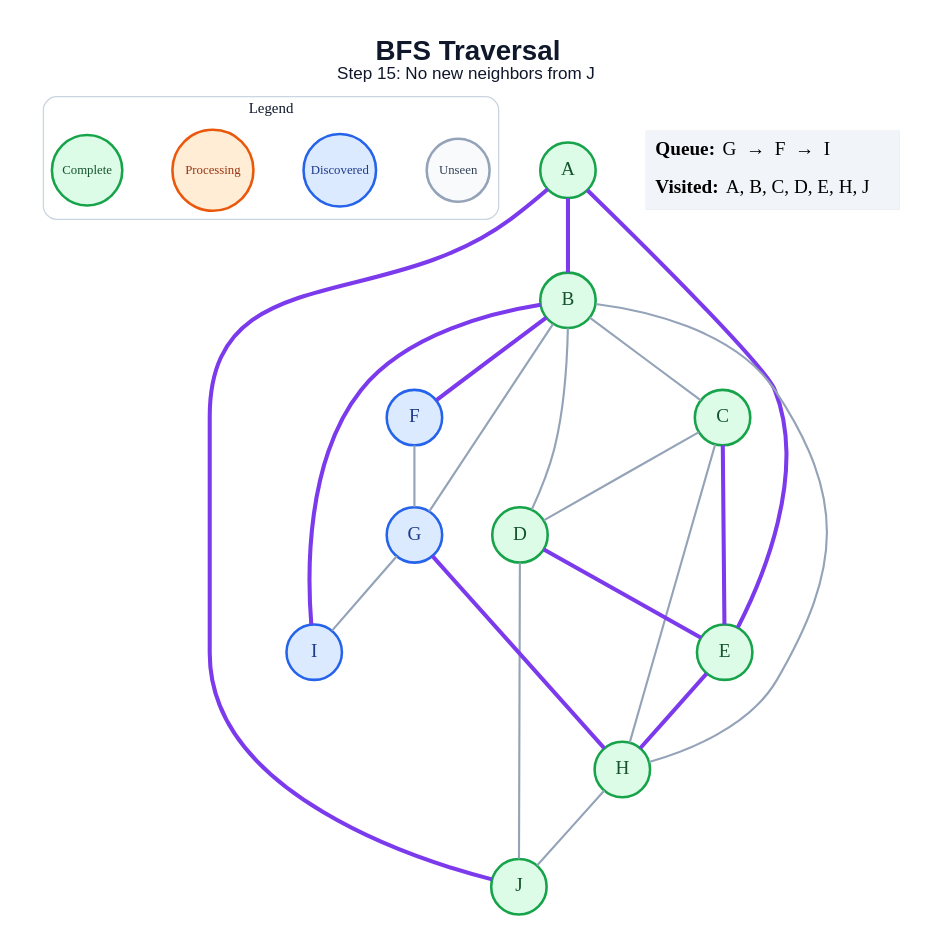
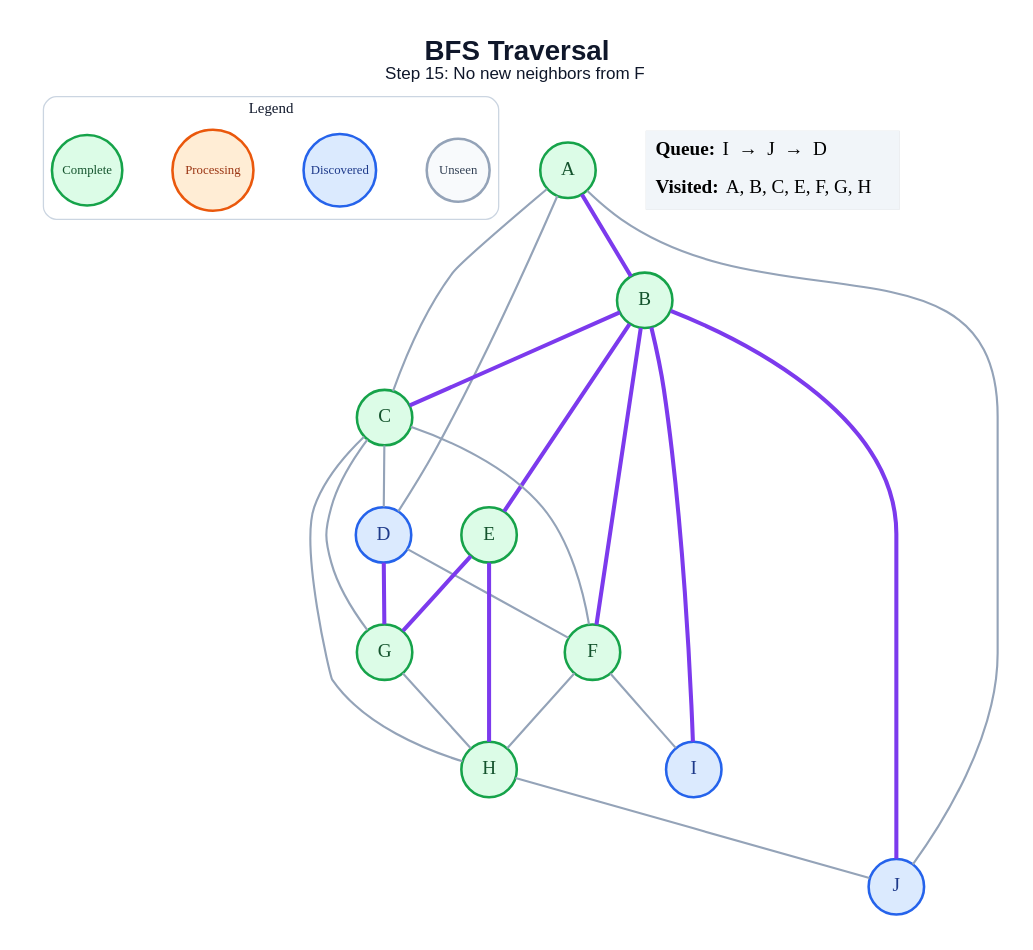
Before and after one commit to anon7238593-create/ai-slop: the diagram in generated/specific-node/bfs/step_15.dot, drawn with Graphviz. The commit also changed 178 other files, not shown here.

```diff
--- a/generated/specific-node/bfs/step_15.dot
+++ b/generated/specific-node/bfs/step_15.dot
@@ -1,48 +1,50 @@
 graph traversal {
   graph [layout=dot, rankdir=TB, bgcolor="#FFFFFF", pad="0.35", nodesep="0.65", ranksep="0.8", fontname="Arial"];
   node [shape=circle, style="filled", fontname="Arial Bold", fontsize=18, width=0.72, fixedsize=true, penwidth=2.4];
   edge [color="#94A3B8", penwidth=2.0];
-  label=<<B>BFS Traversal</B><BR/><FONT POINT-SIZE="16">Step 15: No new neighbors from J</FONT>>; labelloc="t"; fontsize=26; fontname="Arial"; fontcolor="#0F172A";
+  label=<<B>BFS Traversal</B><BR/><FONT POINT-SIZE="16">Step 15: No new neighbors from F</FONT>>; labelloc="t"; fontsize=26; fontname="Arial"; fontcolor="#0F172A";
   subgraph cluster_legend { label="Legend"; color="#CBD5E1"; penwidth=1.2; style="rounded"; fontsize=14; fontname="Arial Bold";
     key_unseen [label="Unseen", fillcolor="#F8FAFC", color="#94A3B8", fontcolor="#334155", fontsize=12, width=0.82];
     key_frontier [label="Discovered", fillcolor="#DBEAFE", color="#2563EB", fontcolor="#1E3A8A", fontsize=12, width=0.95];
     key_current [label="Processing", fillcolor="#FFEDD5", color="#EA580C", fontcolor="#9A3412", fontsize=12, width=1.05];
     key_done [label="Complete", fillcolor="#DCFCE7", color="#16A34A", fontcolor="#14532D", fontsize=12, width=0.92];
     { rank=same; key_unseen; key_frontier; key_current; key_done; }
   }
   A [fillcolor="#DCFCE7", color="#16A34A", fontcolor="#14532D"];
   B [fillcolor="#DCFCE7", color="#16A34A", fontcolor="#14532D"];
   C [fillcolor="#DCFCE7", color="#16A34A", fontcolor="#14532D"];
-  D [fillcolor="#DCFCE7", color="#16A34A", fontcolor="#14532D"];
+  D [fillcolor="#DBEAFE", color="#2563EB", fontcolor="#1E3A8A"];
   E [fillcolor="#DCFCE7", color="#16A34A", fontcolor="#14532D"];
-  F [fillcolor="#DBEAFE", color="#2563EB", fontcolor="#1E3A8A"];
-  G [fillcolor="#DBEAFE", color="#2563EB", fontcolor="#1E3A8A"];
+  F [fillcolor="#DCFCE7", color="#16A34A", fontcolor="#14532D"];
+  G [fillcolor="#DCFCE7", color="#16A34A", fontcolor="#14532D"];
   H [fillcolor="#DCFCE7", color="#16A34A", fontcolor="#14532D"];
   I [fillcolor="#DBEAFE", color="#2563EB", fontcolor="#1E3A8A"];
-  J [fillcolor="#DCFCE7", color="#16A34A", fontcolor="#14532D"];
+  J [fillcolor="#DBEAFE", color="#2563EB", fontcolor="#1E3A8A"];
   A -- B [color="#7C3AED", penwidth=3.8];
-  A -- E [color="#7C3AED", penwidth=3.8];
-  A -- J [color="#7C3AED", penwidth=3.8];
-  B -- C;
-  B -- D;
+  A -- C;
+  A -- D;
+  A -- J;
+  B -- C [color="#7C3AED", penwidth=3.8];
+  B -- E [color="#7C3AED", penwidth=3.8];
   B -- F [color="#7C3AED", penwidth=3.8];
-  B -- G;
-  B -- H;
   B -- I [color="#7C3AED", penwidth=3.8];
+  B -- J [color="#7C3AED", penwidth=3.8];
   C -- D;
-  C -- E [color="#7C3AED", penwidth=3.8];
+  C -- F;
+  C -- G;
   C -- H;
-  D -- E [color="#7C3AED", penwidth=3.8];
-  D -- J;
+  D -- F;
+  D -- G [color="#7C3AED", penwidth=3.8];
+  E -- G [color="#7C3AED", penwidth=3.8];
   E -- H [color="#7C3AED", penwidth=3.8];
-  F -- G;
-  G -- H [color="#7C3AED", penwidth=3.8];
-  G -- I;
+  F -- H;
+  F -- I;
+  G -- H;
   H -- J;
   status [shape=plain, fixedsize=false, width=0, height=0, margin=0, label=<
     <TABLE BORDER="0" CELLBORDER="0" CELLPADDING="7" BGCOLOR="#F1F5F9">
-      <TR><TD ALIGN="LEFT"><B>Queue:</B> G  →  F  →  I</TD></TR>
-      <TR><TD ALIGN="LEFT"><B>Visited:</B> A, B, C, D, E, H, J</TD></TR>
+      <TR><TD ALIGN="LEFT"><B>Queue:</B> I  →  J  →  D</TD></TR>
+      <TR><TD ALIGN="LEFT"><B>Visited:</B> A, B, C, E, F, G, H</TD></TR>
     </TABLE>
   >];
 }
```
